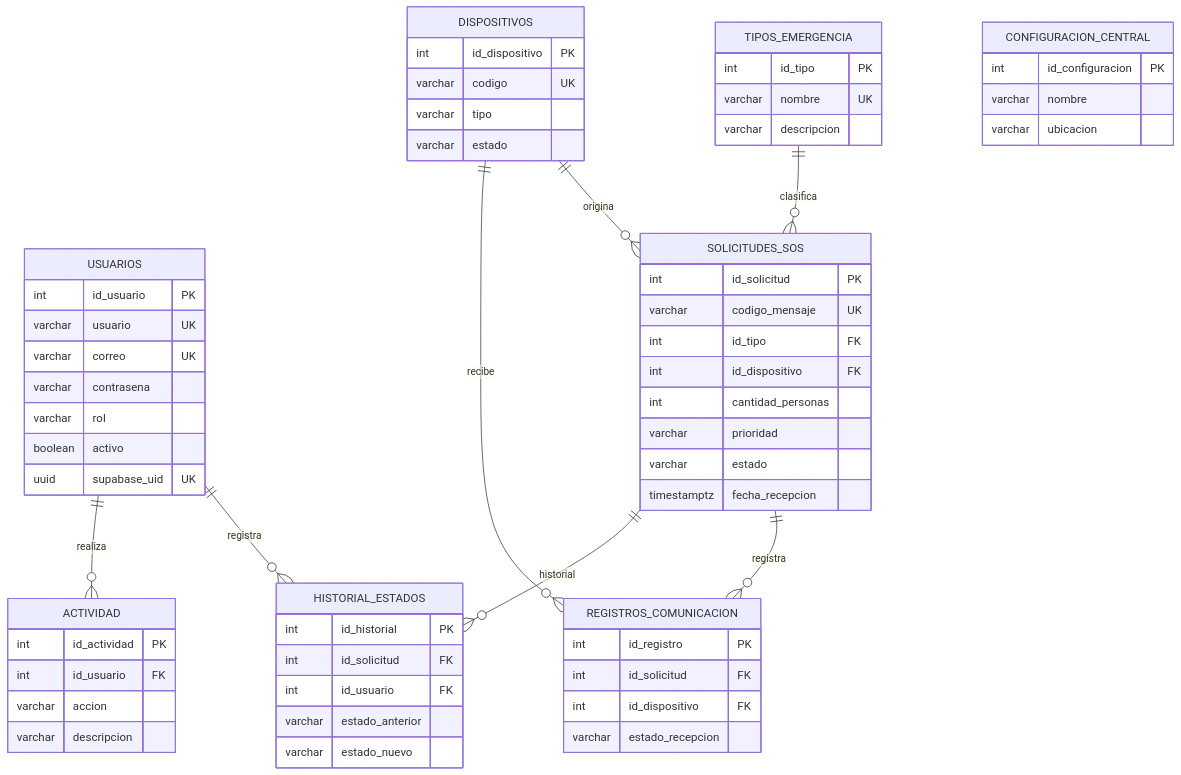
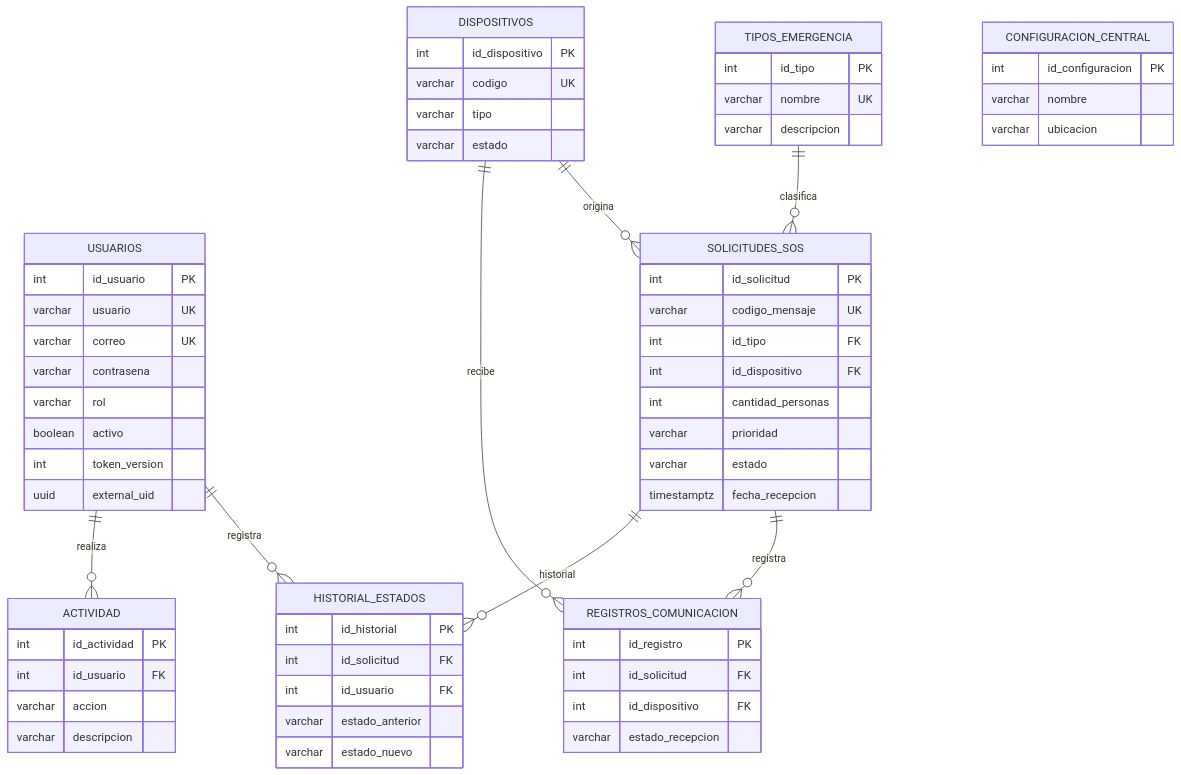
The diagram in database/README.md (xmanugonzalez/sosnet), drawn with Mermaid before and after one commit. The commit also changed other lines of this file and 48 other files, not shown here.

````diff
--- a/database/README.md
+++ b/database/README.md
@@ -75,65 +55,66 @@
 ```mermaid
 erDiagram
     USUARIOS ||--o{ HISTORIAL_ESTADOS : registra
     USUARIOS ||--o{ ACTIVIDAD : realiza
     TIPOS_EMERGENCIA ||--o{ SOLICITUDES_SOS : clasifica
     DISPOSITIVOS ||--o{ SOLICITUDES_SOS : origina
     DISPOSITIVOS ||--o{ REGISTROS_COMUNICACION : recibe
     SOLICITUDES_SOS ||--o{ REGISTROS_COMUNICACION : registra
     SOLICITUDES_SOS ||--o{ HISTORIAL_ESTADOS : historial
 
     USUARIOS {
         int id_usuario PK
         varchar usuario UK
         varchar correo UK
         varchar contrasena
         varchar rol
         boolean activo
-        uuid supabase_uid UK
+        int token_version
+        uuid external_uid
     }
     TIPOS_EMERGENCIA {
         int id_tipo PK
         varchar nombre UK
         varchar descripcion
     }
     DISPOSITIVOS {
         int id_dispositivo PK
         varchar codigo UK
         varchar tipo
         varchar estado
     }
     SOLICITUDES_SOS {
         int id_solicitud PK
         varchar codigo_mensaje UK
         int id_tipo FK
         int id_dispositivo FK
         int cantidad_personas
         varchar prioridad
         varchar estado
         timestamptz fecha_recepcion
     }
     REGISTROS_COMUNICACION {
         int id_registro PK
         int id_solicitud FK
         int id_dispositivo FK
         varchar estado_recepcion
     }
     HISTORIAL_ESTADOS {
         int id_historial PK
         int id_solicitud FK
         int id_usuario FK
         varchar estado_anterior
         varchar estado_nuevo
     }
     ACTIVIDAD {
         int id_actividad PK
         int id_usuario FK
         varchar accion
         varchar descripcion
     }
     CONFIGURACION_CENTRAL {
         int id_configuracion PK
         varchar nombre
         varchar ubicacion
     }
 ```
````
